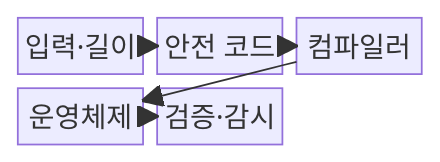
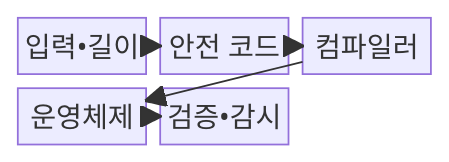
One commit to agnusdei1207/knowledge-base changed the first of 2 diagrams in src/content/docs/notes/05-security/049_buffer_overflow.md. Above: the diagram before and after it, drawn with Mermaid. The commit also changed other lines of this file and 953 other files, not shown here.

````diff
--- a/src/content/docs/notes/05-security/049_buffer_overflow.md
+++ b/src/content/docs/notes/05-security/049_buffer_overflow.md
@@ -66,13 +66,13 @@
 ```mermaid
 block-beta
   columns 3
-  A["입력·길이"]
+  A["입력•길이"]
   B["안전 코드"]
   C["컴파일러"]
   D["운영체제"]
-  E["검증·감시"]
+  E["검증•감시"]
   A --> B
   B --> C
   C --> D
   D --> E
 ```
````
